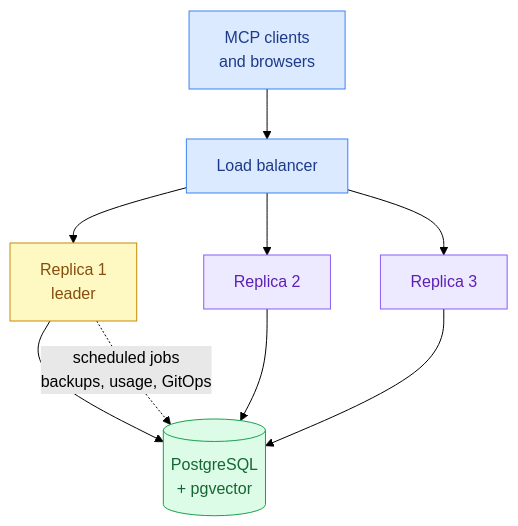
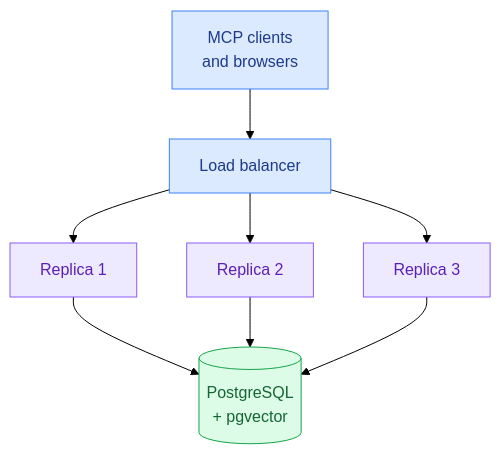
The diagram in docs/enterprise/deployment/scaling.mdx (upstash/context7), drawn with Mermaid (forest theme) before and after one commit. The commit also changed other lines of this file, not shown here.

Commit message:
docs(enterprise): describe per-run Postgres lock instead of leader election
Match the code: scheduled jobs take a short advisory lock at fire time so one
replica runs each, rather than a persistent elected leader. Drop the leader
highlight from the architecture diagram; replicas are interchangeable.

````diff
--- a/docs/enterprise/deployment/scaling.mdx
+++ b/docs/enterprise/deployment/scaling.mdx
@@ -19,20 +19,17 @@
 ```mermaid
 flowchart TB
     clients["MCP clients<br/>and browsers"] --> lb["Load balancer"]
-    lb --> r1["Replica 1<br/>leader"]
+    lb --> r1["Replica 1"]
     lb --> r2["Replica 2"]
     lb --> r3["Replica 3"]
     r1 --> pg[("PostgreSQL<br/>+ pgvector")]
     r2 --> pg
     r3 --> pg
-    r1 -. "scheduled jobs<br/>backups, usage, GitOps" .-> pg
 
     classDef client fill:#dbeafe,stroke:#3b82f6,color:#1e3a8a;
     classDef replica fill:#ede9fe,stroke:#8b5cf6,color:#5b21b6;
-    classDef leader fill:#fef9c3,stroke:#ca8a04,color:#854d0e;
     classDef db fill:#dcfce7,stroke:#16a34a,color:#166534;
     class clients,lb client;
-    class r2,r3 replica;
-    class r1 leader;
+    class r1,r2,r3 replica;
     class pg db;
 ```
````
